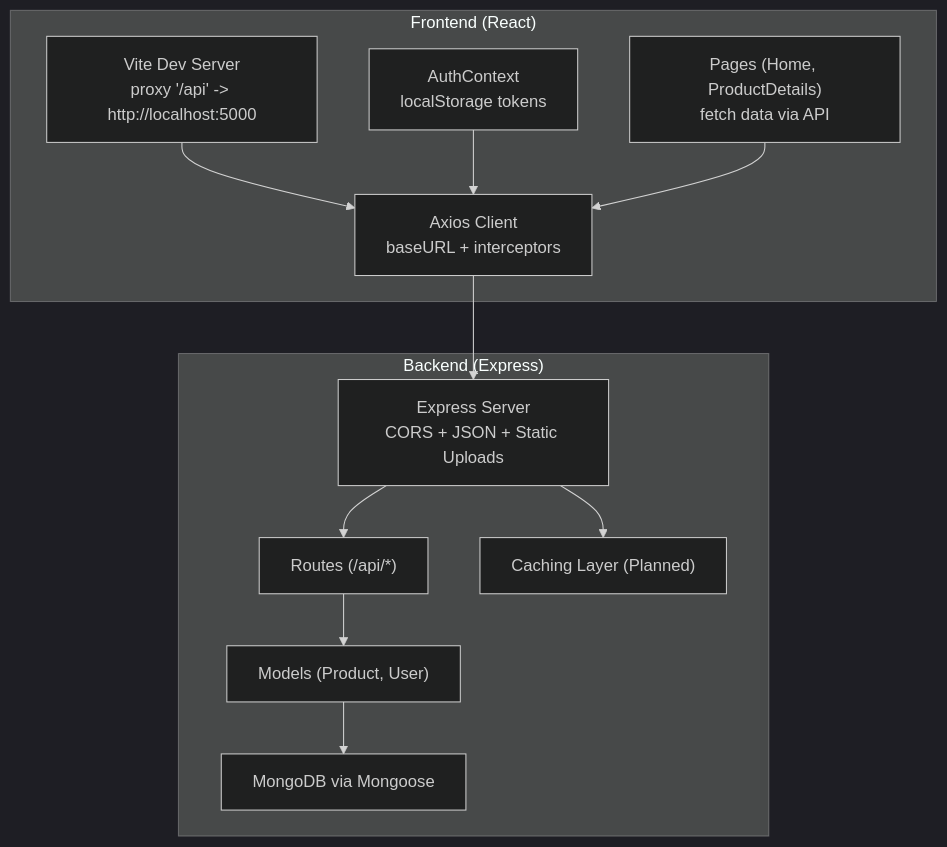
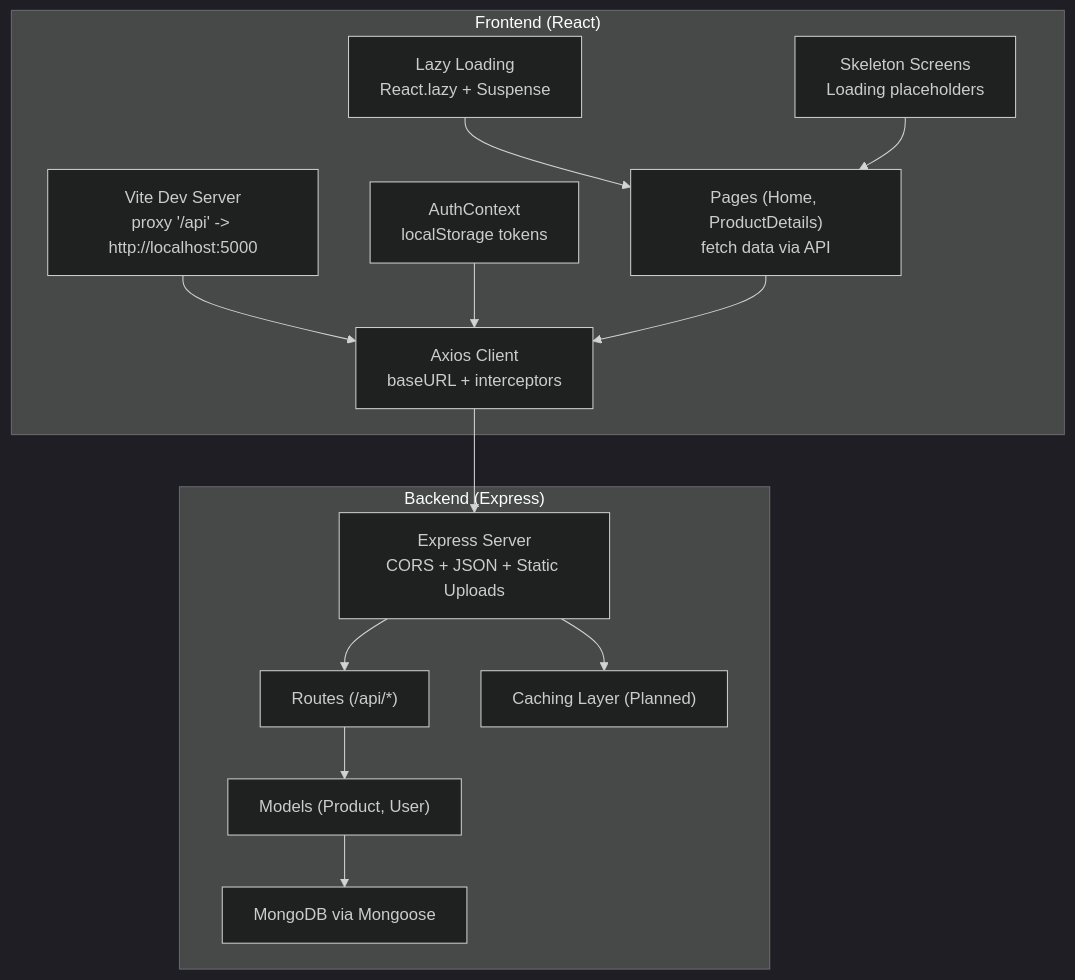
The first of 3 diagrams in .qoder/repowiki/en/content/Performance Optimization/Performance Optimization.md (Pavan-PSPK9032/TrendsandToss), drawn with Mermaid (dark theme) before and after one commit. The commit also changed other lines of this file and 27 other files, not shown here.

````diff
--- a/.qoder/repowiki/en/content/Performance Optimization/Performance Optimization.md
+++ b/.qoder/repowiki/en/content/Performance Optimization/Performance Optimization.md
@@ -43,24 +52,28 @@
 ```mermaid
 graph TB
 subgraph "Frontend (React)"
 FE_Vite["Vite Dev Server<br/>proxy '/api' -> http://localhost:5000"]
 FE_Auth["AuthContext<br/>localStorage tokens"]
 FE_API["Axios Client<br/>baseURL + interceptors"]
 FE_Pages["Pages (Home, ProductDetails)<br/>fetch data via API"]
+FE_Lazy["Lazy Loading<br/>React.lazy + Suspense"]
+FE_Skeleton["Skeleton Screens<br/>Loading placeholders"]
 end
 subgraph "Backend (Express)"
 BE_Server["Express Server<br/>CORS + JSON + Static Uploads"]
 BE_Routes["Routes (/api/*)"]
 BE_DB["MongoDB via Mongoose"]
 BE_Models["Models (Product, User)"]
 BE_Cache["Caching Layer (Planned)"]
 end
 FE_Vite --> FE_API
 FE_Auth --> FE_API
 FE_Pages --> FE_API
+FE_Lazy --> FE_Pages
+FE_Skeleton --> FE_Pages
 FE_API --> BE_Server
 BE_Server --> BE_Routes
 BE_Routes --> BE_Models
 BE_Models --> BE_DB
 BE_Server --> BE_Cache
 ```
````
